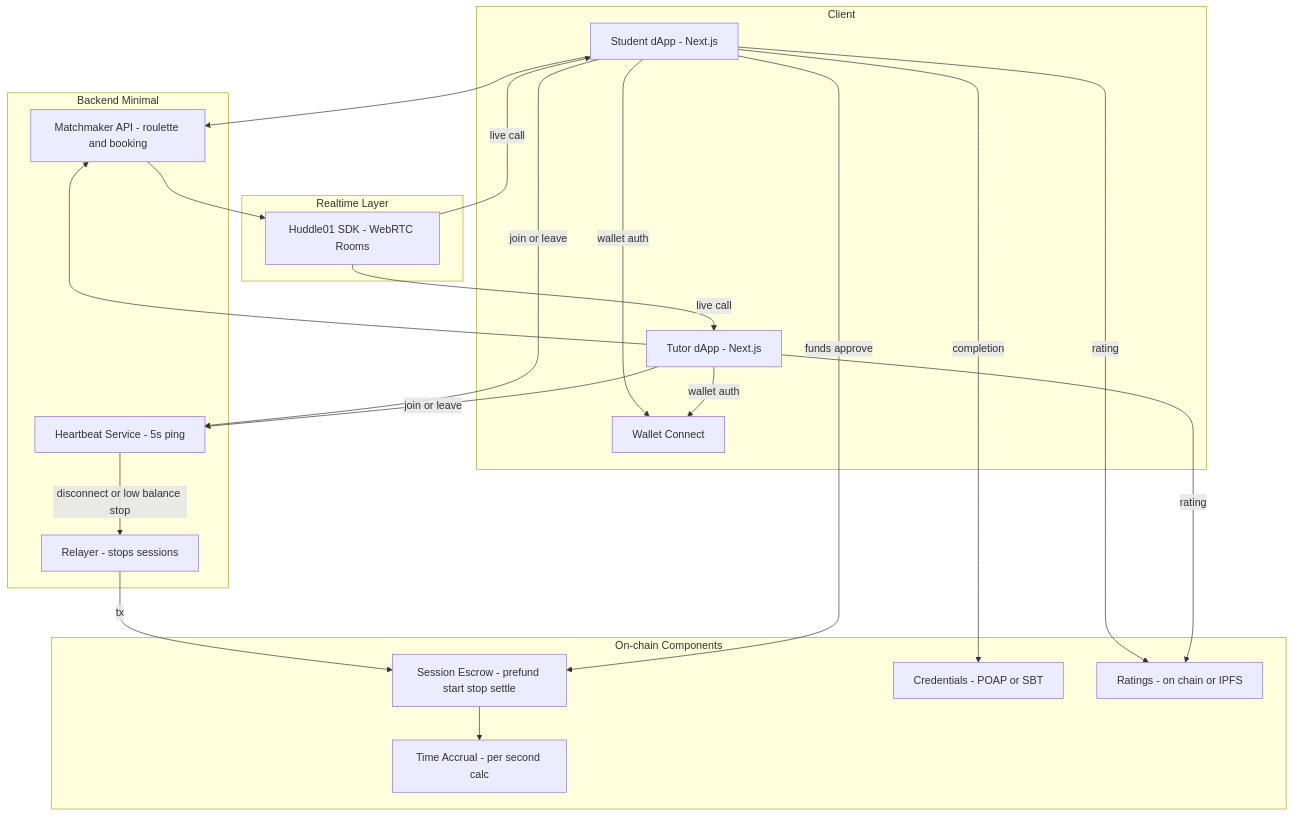
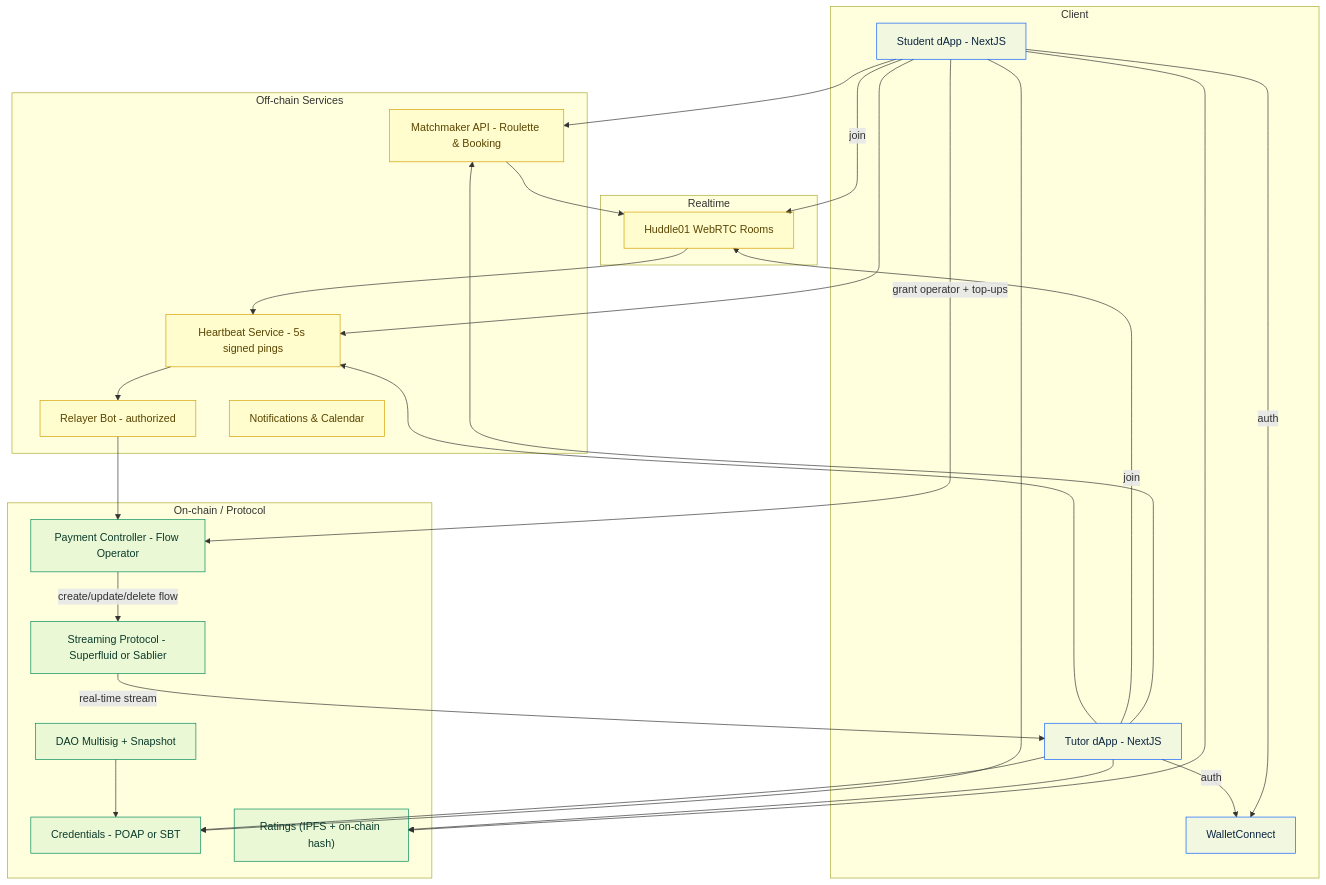
Before and after one commit to aenhsaihan/langdao-ethonline2025: the first of 7 diagrams in docs/tech/architecture.md, drawn with Mermaid. The commit also changed other lines of this file, not shown here.

Commit message:
Update architecture.md with MVP component diagrams and flow explanations

````diff
--- a/docs/tech/architecture.md
+++ b/docs/tech/architecture.md
@@ -17,42 +17,55 @@
 ```mermaid
-flowchart TD
-  subgraph CLIENT [Client]
-    A[Student dApp - Next.js]
-    B[Tutor dApp - Next.js]
-    WC[Wallet Connect]
+graph TD
+  subgraph "Client"
+    S["Student dApp - NextJS"]:::box
+    T["Tutor dApp - NextJS"]:::box
+    W["WalletConnect"]:::box
   end
 
-  subgraph REALTIME [Realtime Layer]
-    H[Huddle01 SDK - WebRTC Rooms]
+  subgraph "Realtime"
+    H["Huddle01 WebRTC Rooms"]:::svc
   end
 
-  subgraph BACKEND [Backend Minimal]
-    M[Matchmaker API - roulette and booking]
-    HB[Heartbeat Service - 5s ping]
-    REL[Relayer - stops sessions]
+  subgraph "Off-chain Services"
+    MM["Matchmaker API - Roulette & Booking"]:::svc
+    HB["Heartbeat Service - 5s signed pings"]:::svc
+    RL["Relayer Bot - authorized"]:::svc
+    NF["Notifications & Calendar"]:::svc
   end
 
-  subgraph ONCHAIN [On-chain Components]
-    ESC[Session Escrow - prefund start stop settle]
-    PAY[Time Accrual - per second calc]
-    CRED[Credentials - POAP or SBT]
-    RAT[Ratings - on chain or IPFS]
+  subgraph "On-chain / Protocol"
+    CTRL["Payment Controller - Flow Operator"]:::chain
+    STR["Streaming Protocol - Superfluid or Sablier"]:::chain
+    CRED["Credentials - POAP or SBT"]:::chain
+    RAT["Ratings (IPFS + on-chain hash)"]:::chain
+    DAO["DAO Multisig + Snapshot"]:::chain
   end
 
-  A -->|wallet auth| WC
-  B -->|wallet auth| WC
-  A --> M
-  B --> M
-  M --> H
-  A -->|join or leave| HB
-  B -->|join or leave| HB
-  HB -->|disconnect or low balance stop| REL
-  REL -->|tx| ESC
-  A -->|funds approve| ESC
-  ESC --> PAY
-  H -->|live call| A
-  H -->|live call| B
-  A -->|completion| CRED
-  A -->|rating| RAT
-  B -->|rating| RAT
+  S -->|auth| W
+  T -->|auth| W
+  S --> MM
+  T --> MM
+  MM --> H
+  S -->|join| H
+  T -->|join| H
+
+  S --> HB
+  T --> HB
+  H --> HB
+  HB --> RL
+  RL --> CTRL
+  CTRL -->|create/update/delete flow| STR
+
+  S -->|grant operator + top-ups| CTRL
+  STR -->|real-time stream| T
+
+  S --> CRED
+  T --> CRED
+  S --> RAT
+  T --> RAT
+  DAO --> CRED
+
+  classDef box fill:#0b5fff0d,stroke:#0b5fff,stroke-width:1px,color:#0b2540;
+  classDef svc fill:#ffd50014,stroke:#d4a000,stroke-width:1px,color:#5a4500;
+  classDef chain fill:#00a36b14,stroke:#008a59,stroke-width:1px,color:#0b3b2c;
 ```
````
